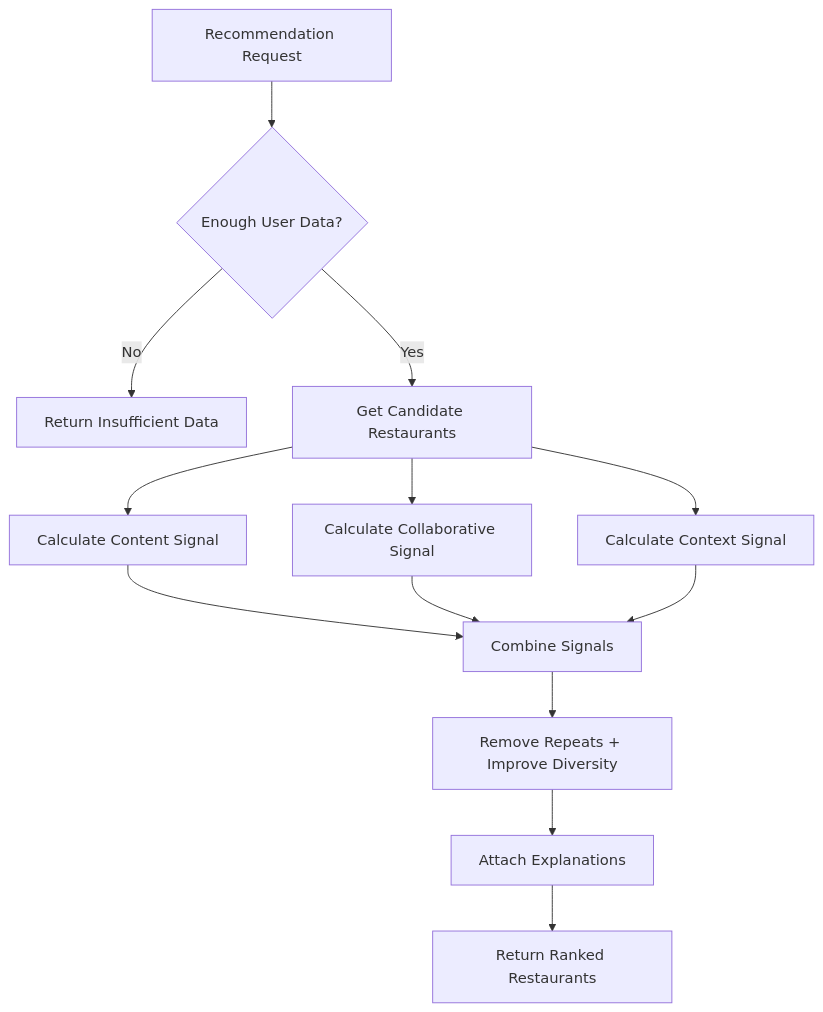
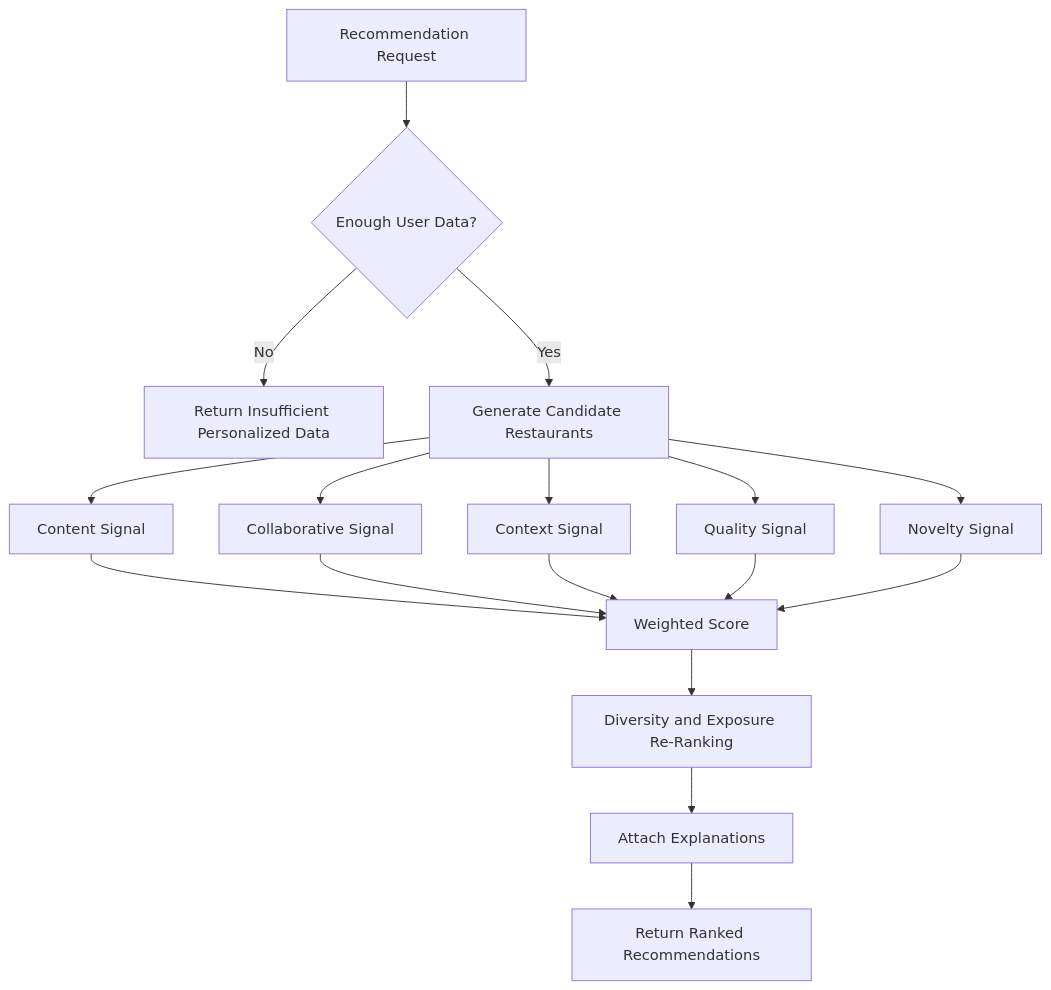
The third of 3 diagrams in juneha-algorithm.md (juneharold/cs350-snapplate), drawn with Mermaid before and after one commit. The commit also changed other lines of this file, not shown here.

````diff
--- a/juneha-algorithm.md
+++ b/juneha-algorithm.md
@@ -146,15 +361,19 @@
 ```mermaid
 flowchart TD
     A[Recommendation Request] --> B{Enough User Data?}
-    B -- No --> C[Return Insufficient Data]
-    B -- Yes --> D[Get Candidate Restaurants]
-    D --> E[Calculate Content Signal]
-    D --> F[Calculate Collaborative Signal]
-    D --> G[Calculate Context Signal]
-    E --> H[Combine Signals]
-    F --> H
-    G --> H
-    H --> I[Remove Repeats + Improve Diversity]
-    I --> J[Attach Explanations]
-    J --> K[Return Ranked Restaurants]
+    B -- No --> C[Return Insufficient Personalized Data]
+    B -- Yes --> D[Generate Candidate Restaurants]
+    D --> E[Content Signal]
+    D --> F[Collaborative Signal]
+    D --> G[Context Signal]
+    D --> H[Quality Signal]
+    D --> I[Novelty Signal]
+    E --> J[Weighted Score]
+    F --> J
+    G --> J
+    H --> J
+    I --> J
+    J --> K[Diversity and Exposure Re-Ranking]
+    K --> L[Attach Explanations]
+    L --> M[Return Ranked Recommendations]
 ```
````
